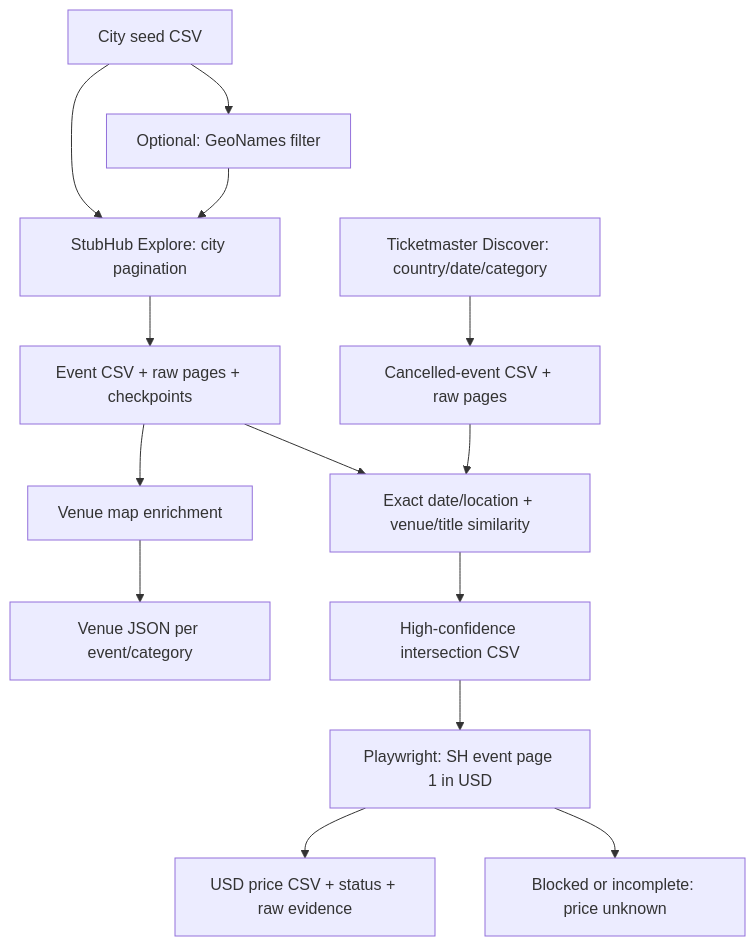
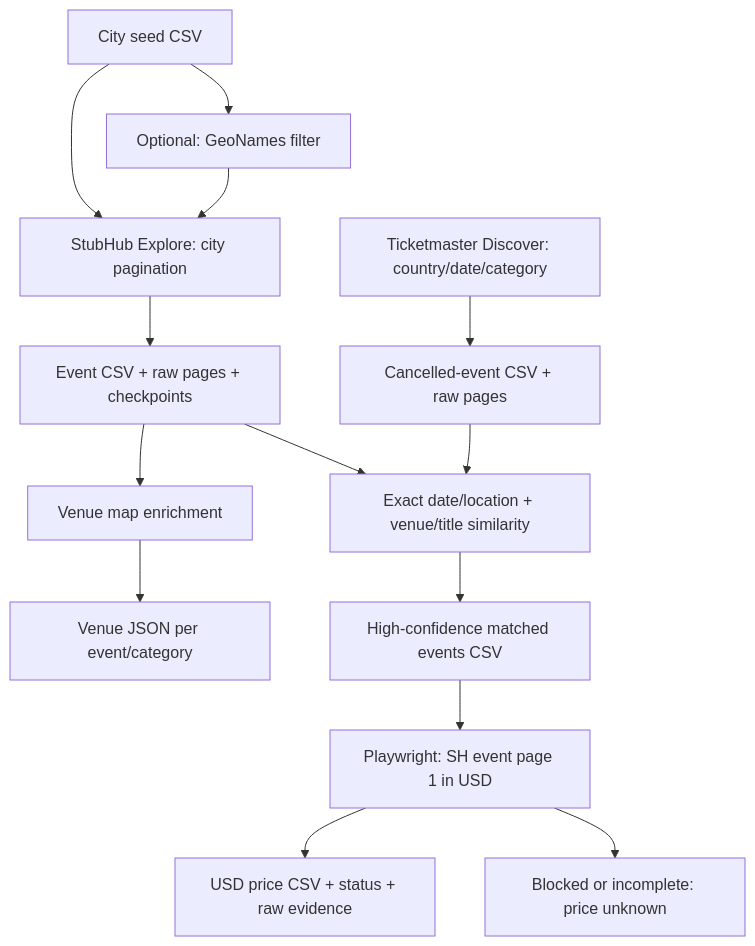
The diagram in README.md (Siriussee/cancelled-event), drawn with Mermaid before and after one commit. The commit also changed other lines of this file and 74 other files, not shown here.

````diff
--- a/README.md
+++ b/README.md
@@ -13,16 +14,16 @@
 ```mermaid
 flowchart TD
     Seeds["City seed CSV"] --> Filter["Optional: GeoNames filter"]
     Seeds --> StubHub["StubHub Explore: city pagination"]
     Filter --> StubHub
     StubHub --> Events["Event CSV + raw pages + checkpoints"]
     Events --> Venues["Venue map enrichment"]
     Venues --> Maps["Venue JSON per event/category"]
     Ticketmaster["Ticketmaster Discover: country/date/category"] --> Cancelled["Cancelled-event CSV + raw pages"]
     Events --> Match["Exact date/location + venue/title similarity"]
     Cancelled --> Match
-    Match --> Overlap["High-confidence intersection CSV"]
+    Match --> Overlap["High-confidence matched events CSV"]
     Overlap --> Prices["Playwright: SH event page 1 in USD"]
     Prices --> Priced["USD price CSV + status + raw evidence"]
     Prices --> Unknown["Blocked or incomplete: price unknown"]
 ```
````
